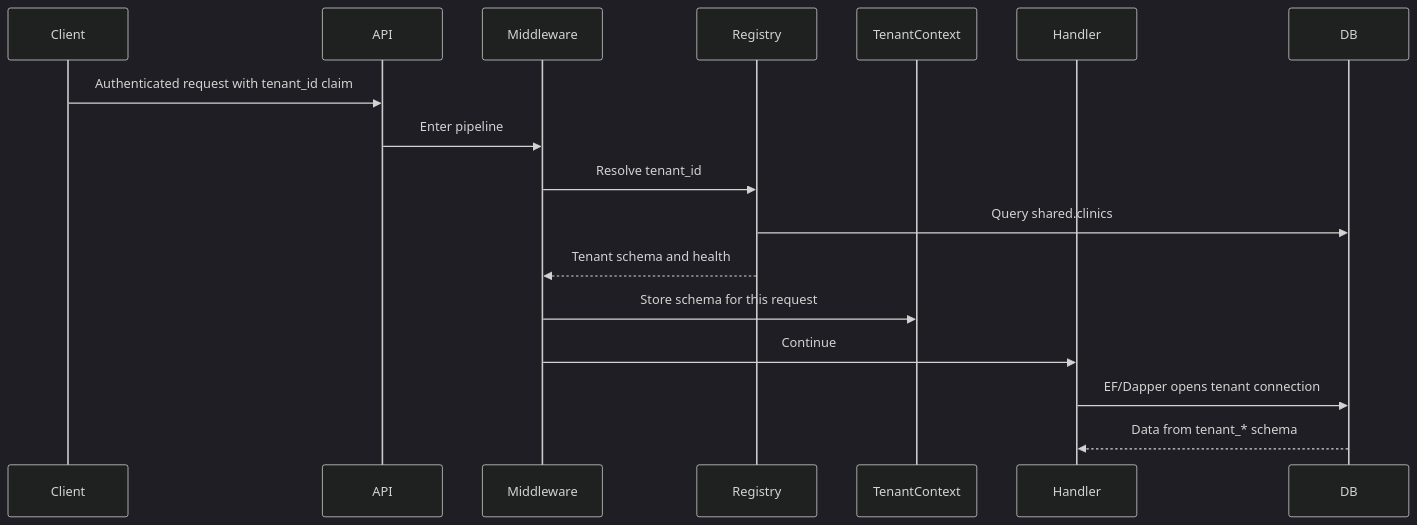
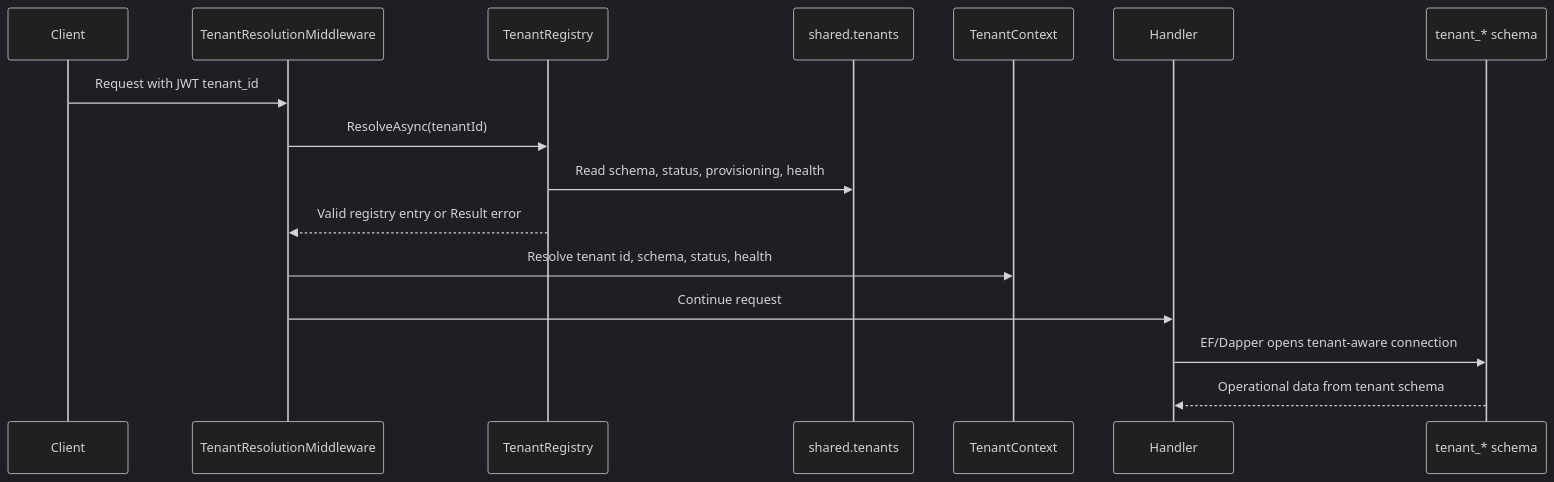
Before and after one commit to Bishoy-Mmb/CliniKey: the first of 2 diagrams in learning-journey/003-tenant-provisioning/architecture-walkthrough.md, drawn with Mermaid (dark theme). The commit also changed other lines of this file and 2 other files, not shown here.

First line of the commit message:
Refresh tenant provisioning learning journey

````diff
--- a/learning-journey/003-tenant-provisioning/architecture-walkthrough.md
+++ b/learning-journey/003-tenant-provisioning/architecture-walkthrough.md
@@ -61,20 +44,19 @@
 ```mermaid
 sequenceDiagram
     participant Client
-    participant API
-    participant Middleware
-    participant Registry
-    participant TenantContext
+    participant Middleware as TenantResolutionMiddleware
+    participant Registry as TenantRegistry
+    participant Shared as shared.tenants
+    participant Context as TenantContext
     participant Handler
-    participant DB
+    participant DB as tenant_* schema
 
-    Client->>API: Authenticated request with tenant_id claim
-    API->>Middleware: Enter pipeline
-    Middleware->>Registry: Resolve tenant_id
-    Registry->>DB: Query shared.clinics
-    Registry-->>Middleware: Tenant schema and health
-    Middleware->>TenantContext: Store schema for this request
-    Middleware->>Handler: Continue
-    Handler->>DB: EF/Dapper opens tenant connection
-    DB-->>Handler: Data from tenant_* schema
+    Client->>Middleware: Request with JWT tenant_id
+    Middleware->>Registry: ResolveAsync(tenantId)
+    Registry->>Shared: Read schema, status, provisioning, health
+    Registry-->>Middleware: Valid registry entry or Result error
+    Middleware->>Context: Resolve tenant id, schema, status, health
+    Middleware->>Handler: Continue request
+    Handler->>DB: EF/Dapper opens tenant-aware connection
+    DB-->>Handler: Operational data from tenant schema
 ```
````
